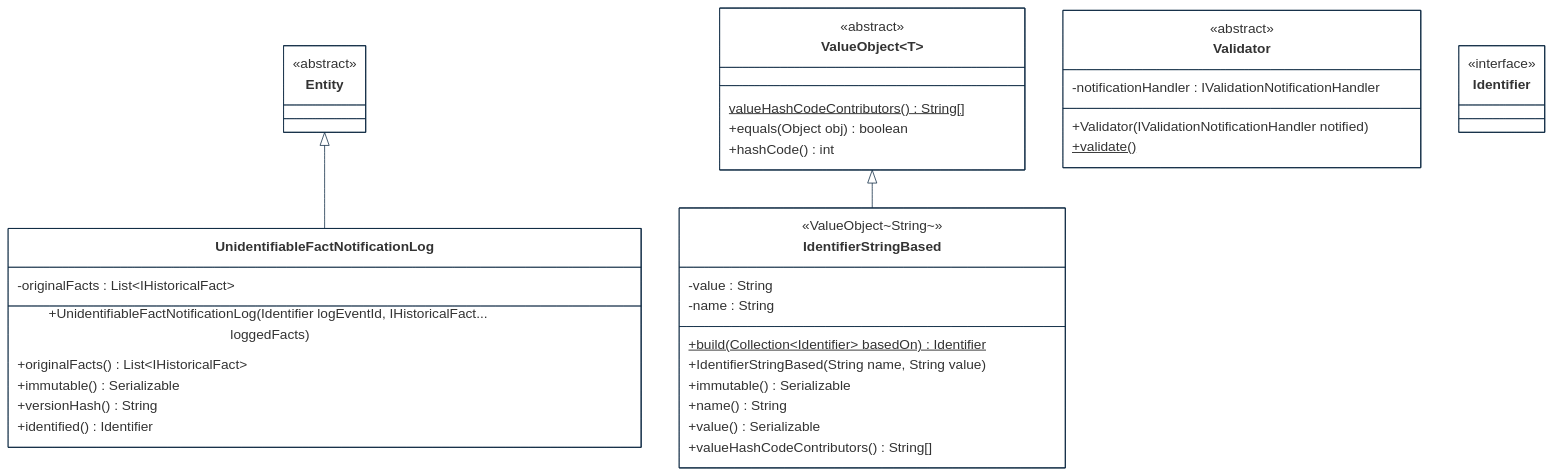
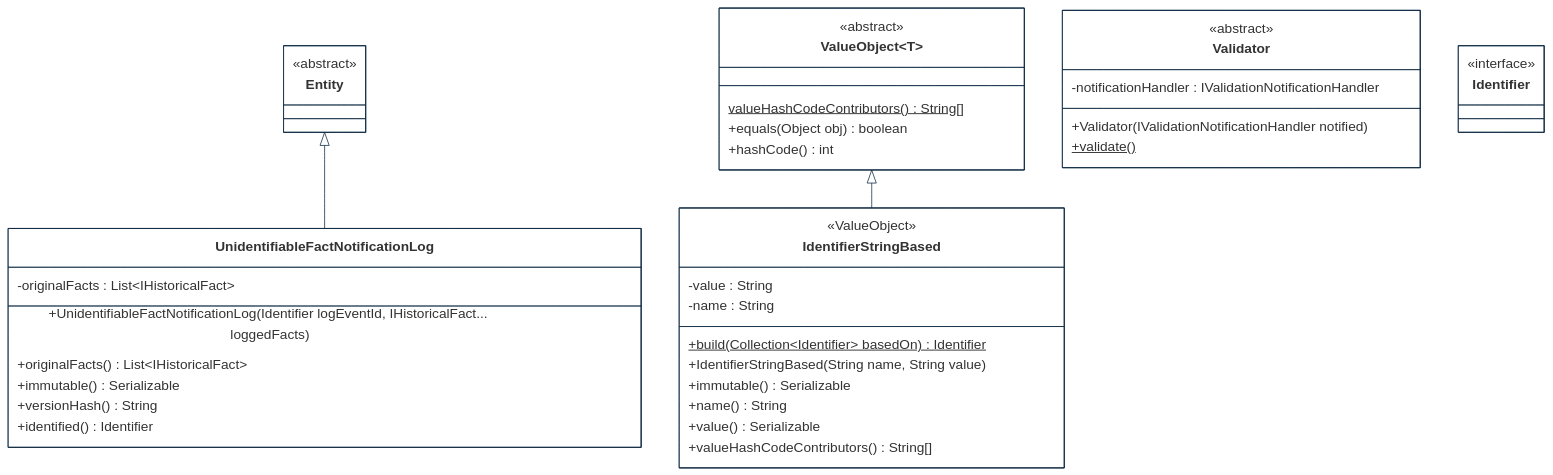
One commit to cybnity/foundation changed the third of 8 diagrams in implementations-line/framework/domain/designview-packages.md. Above: the diagram before and after it, drawn with Mermaid.

````diff
--- a/implementations-line/framework/domain/designview-packages.md
+++ b/implementations-line/framework/domain/designview-packages.md
@@ -157,61 +157,61 @@
 ```mermaid
 %%{
   init: {
     'theme': 'base',
     'themeVariables': {
         'background': '#ffffff',
         'fontFamily': 'arial',
         'fontSize': '18px',
         'primaryColor': '#fff',
         'primaryBorderColor': '#0e2a43',
         'secondaryBorderColor': '#0e2a43',
         'tertiaryBorderColor': '#0e2a43',
         'edgeLabelBackground':'#0e2a43',
         'lineColor': '#0e2a43',
         'tertiaryColor': '#fff'
     }
   }
 }%%
 classDiagram
     Entity <|-- UnidentifiableFactNotificationLog
     ValueObject~T~ <|-- IdentifierStringBased
 
     class UnidentifiableFactNotificationLog {
         -originalFacts : List~IHistoricalFact~
         +UnidentifiableFactNotificationLog(Identifier logEventId, IHistoricalFact... loggedFacts)
         +originalFacts() List~IHistoricalFact~
         +immutable() Serializable
         +versionHash() String
         +identified() Identifier
     }
     class Entity {
         <<abstract>>
     }
     class Validator {
         <<abstract>>
         -notificationHandler : IValidationNotificationHandler
         +Validator(IValidationNotificationHandler notified)
         +validate()$
     }
     class Identifier {
         <<interface>>
     }
     class IdentifierStringBased {
-        <<ValueObject~String~>>
+        <<ValueObject<String>>>
         -value : String
         -name : String
         +build(Collection~Identifier~ basedOn)$ Identifier
         +IdentifierStringBased(String name, String value)
         +immutable() Serializable
         +name() String
         +value() Serializable
         +valueHashCodeContributors() String[]
     }
     class ValueObject~T~ {
         <<abstract>>
         valueHashCodeContributors()$ String[]
         +equals(Object obj) boolean
         +hashCode() int
     }
 
 ```
````
